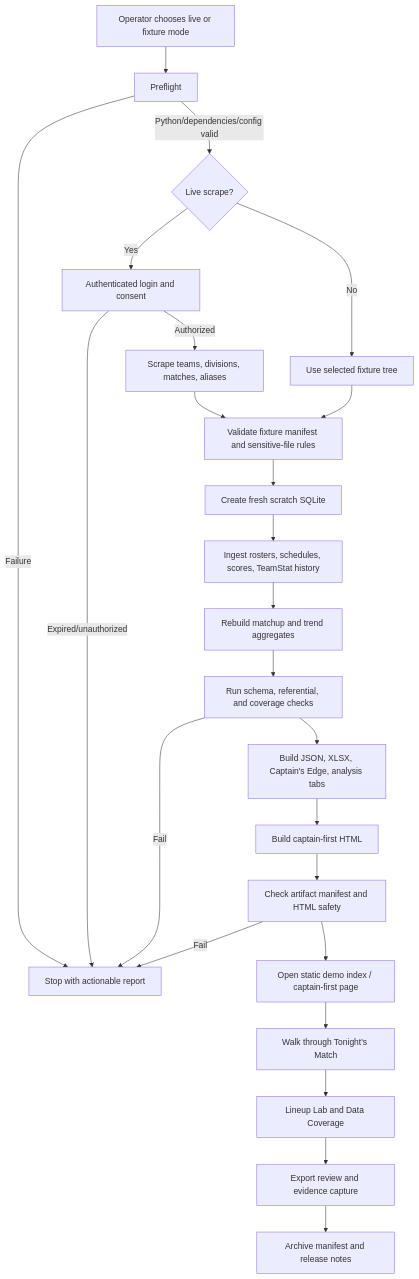
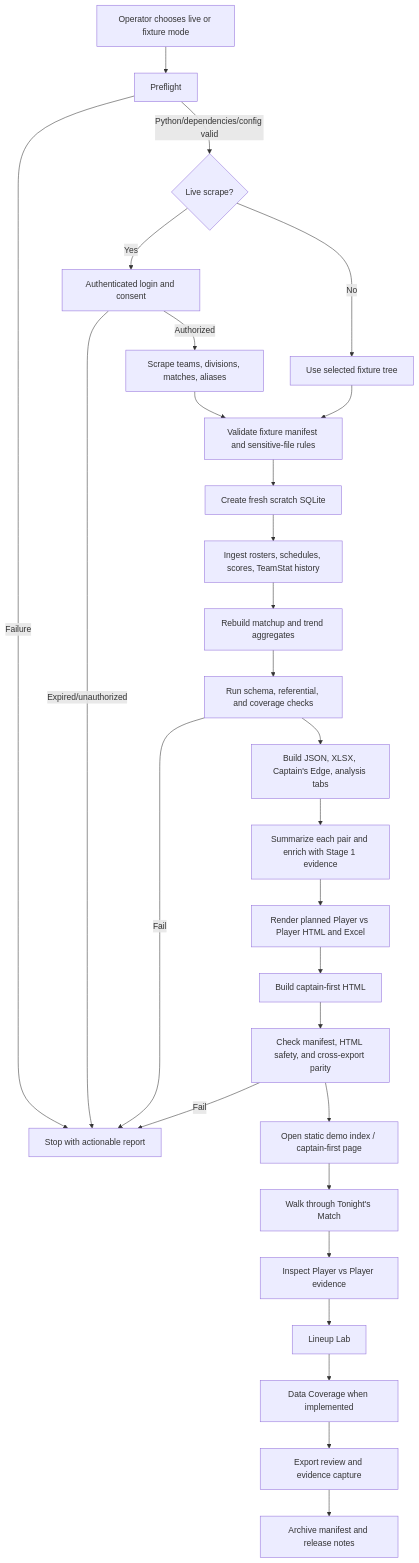
The diagram in docs/demo_flow_diagram.md (ssands5-cloud/APA-Tracker), drawn with Mermaid before and after one commit. The commit also changed other lines of this file and 13 other files, not shown here.

Commit message:
Plan Player vs Player export integration

````diff
--- a/docs/demo_flow_diagram.md
+++ b/docs/demo_flow_diagram.md
@@ -6,26 +6,30 @@
 ```mermaid
 flowchart TD
     A[Operator chooses live or fixture mode] --> B[Preflight]
     B -->|Python/dependencies/config valid| C{Live scrape?}
     B -->|Failure| Z[Stop with actionable report]
     C -->|Yes| D[Authenticated login and consent]
     C -->|No| E[Use selected fixture tree]
     D -->|Authorized| F[Scrape teams, divisions, matches, aliases]
     D -->|Expired/unauthorized| Z
     F --> G[Validate fixture manifest and sensitive-file rules]
     E --> G
     G --> H[Create fresh scratch SQLite]
     H --> I[Ingest rosters, schedules, scores, TeamStat history]
     I --> J[Rebuild matchup and trend aggregates]
     J --> K[Run schema, referential, and coverage checks]
     K -->|Fail| Z
     K --> L[Build JSON, XLSX, Captain's Edge, analysis tabs]
-    L --> M[Build captain-first HTML]
-    M --> N[Check artifact manifest and HTML safety]
+    L --> PVPA[Summarize each pair and enrich with Stage 1 evidence]
+    PVPA --> PVPE[Render planned Player vs Player HTML and Excel]
+    PVPE --> M[Build captain-first HTML]
+    M --> N[Check manifest, HTML safety, and cross-export parity]
     N -->|Fail| Z
     N --> O[Open static demo index / captain-first page]
     O --> P[Walk through Tonight's Match]
-    P --> Q[Lineup Lab and Data Coverage]
-    Q --> R[Export review and evidence capture]
+    P --> PVP[Inspect Player vs Player evidence]
+    PVP --> Q[Lineup Lab]
+    Q --> DC[Data Coverage when implemented]
+    DC --> R[Export review and evidence capture]
     R --> S[Archive manifest and release notes]
 ```
````
